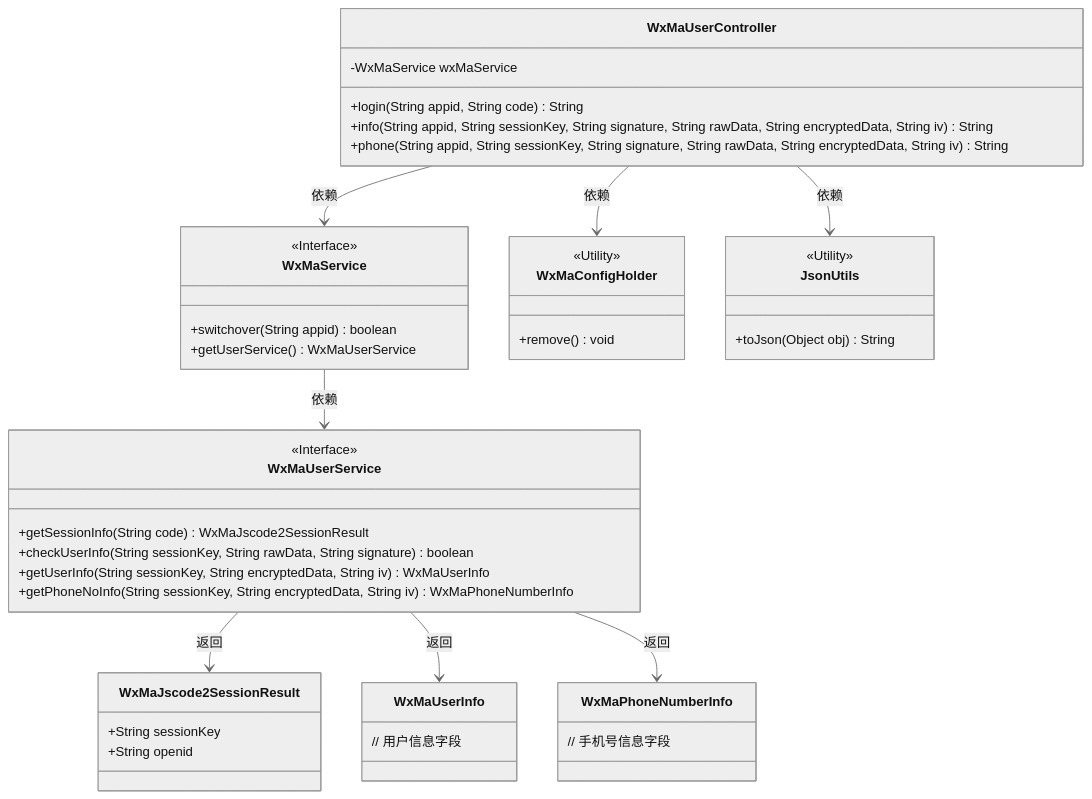
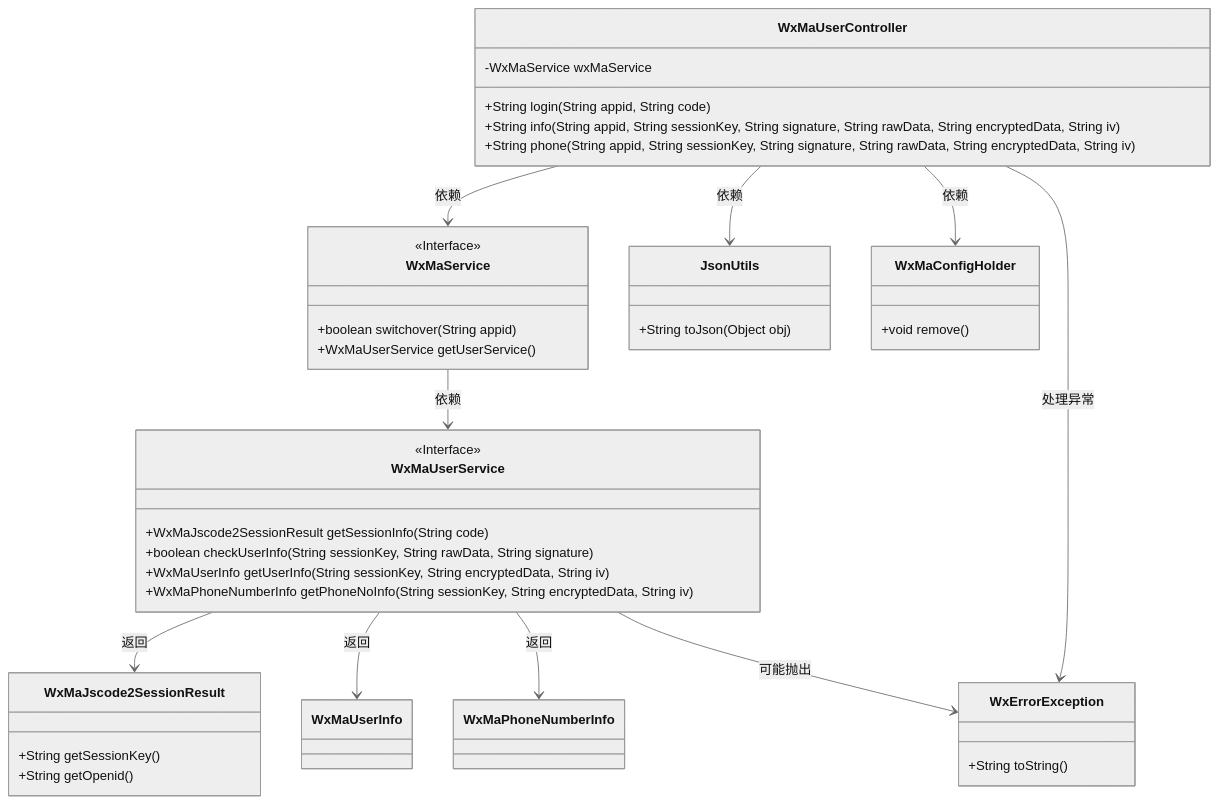
The first of 2 diagrams in docs/zh/docs/src/main/java/com/github/binarywang/demo/wx/miniapp/controller/WxMaUserController.md (v-wjrong/imrrong_weixin-java-miniapp-demo), drawn with Mermaid (neutral theme) before and after one commit. The commit also changed other lines of this file and 51 other files, not shown here.

````diff
--- a/docs/zh/docs/src/main/java/com/github/binarywang/demo/wx/miniapp/controller/WxMaUserController.md
+++ b/docs/zh/docs/src/main/java/com/github/binarywang/demo/wx/miniapp/controller/WxMaUserController.md
@@ -36,54 +36,56 @@
 ```mermaid
 classDiagram
     class WxMaUserController {
         -WxMaService wxMaService
-        +login(String appid, String code) String
-        +info(String appid, String sessionKey, String signature, String rawData, String encryptedData, String iv) String
-        +phone(String appid, String sessionKey, String signature, String rawData, String encryptedData, String iv) String
+        +String login(String appid, String code)
+        +String info(String appid, String sessionKey, String signature, String rawData, String encryptedData, String iv)
+        +String phone(String appid, String sessionKey, String signature, String rawData, String encryptedData, String iv)
     }
 
     class WxMaService {
         <<Interface>>
-        +switchover(String appid) boolean
-        +getUserService() WxMaUserService
+        +boolean switchover(String appid)
+        +WxMaUserService getUserService()
     }
 
     class WxMaUserService {
         <<Interface>>
-        +getSessionInfo(String code) WxMaJscode2SessionResult
-        +checkUserInfo(String sessionKey, String rawData, String signature) boolean
-        +getUserInfo(String sessionKey, String encryptedData, String iv) WxMaUserInfo
-        +getPhoneNoInfo(String sessionKey, String encryptedData, String iv) WxMaPhoneNumberInfo
+        +WxMaJscode2SessionResult getSessionInfo(String code)
+        +boolean checkUserInfo(String sessionKey, String rawData, String signature)
+        +WxMaUserInfo getUserInfo(String sessionKey, String encryptedData, String iv)
+        +WxMaPhoneNumberInfo getPhoneNoInfo(String sessionKey, String encryptedData, String iv)
     }
 
     class WxMaJscode2SessionResult {
-        +String sessionKey
-        +String openid
+        +String getSessionKey()
+        +String getOpenid()
     }
 
     class WxMaUserInfo {
-        // 用户信息字段
     }
 
     class WxMaPhoneNumberInfo {
-        // 手机号信息字段
+    }
+
+    class JsonUtils {
+        +String toJson(Object obj)
     }
 
     class WxMaConfigHolder {
-        <<Utility>>
-        +remove() void
+        +void remove()
     }
 
-    class JsonUtils {
-        <<Utility>>
-        +toJson(Object obj) String
+    class WxErrorException {
+        +String toString()
     }
 
     WxMaUserController --> WxMaService : 依赖
-    WxMaService --> WxMaUserService : 依赖
     WxMaUserController --> JsonUtils : 依赖
     WxMaUserController --> WxMaConfigHolder : 依赖
+    WxMaService --> WxMaUserService : 依赖
     WxMaUserService --> WxMaJscode2SessionResult : 返回
     WxMaUserService --> WxMaUserInfo : 返回
     WxMaUserService --> WxMaPhoneNumberInfo : 返回
+    WxMaUserService --> WxErrorException : 可能抛出
+    WxMaUserController --> WxErrorException : 处理异常
 ```
````
